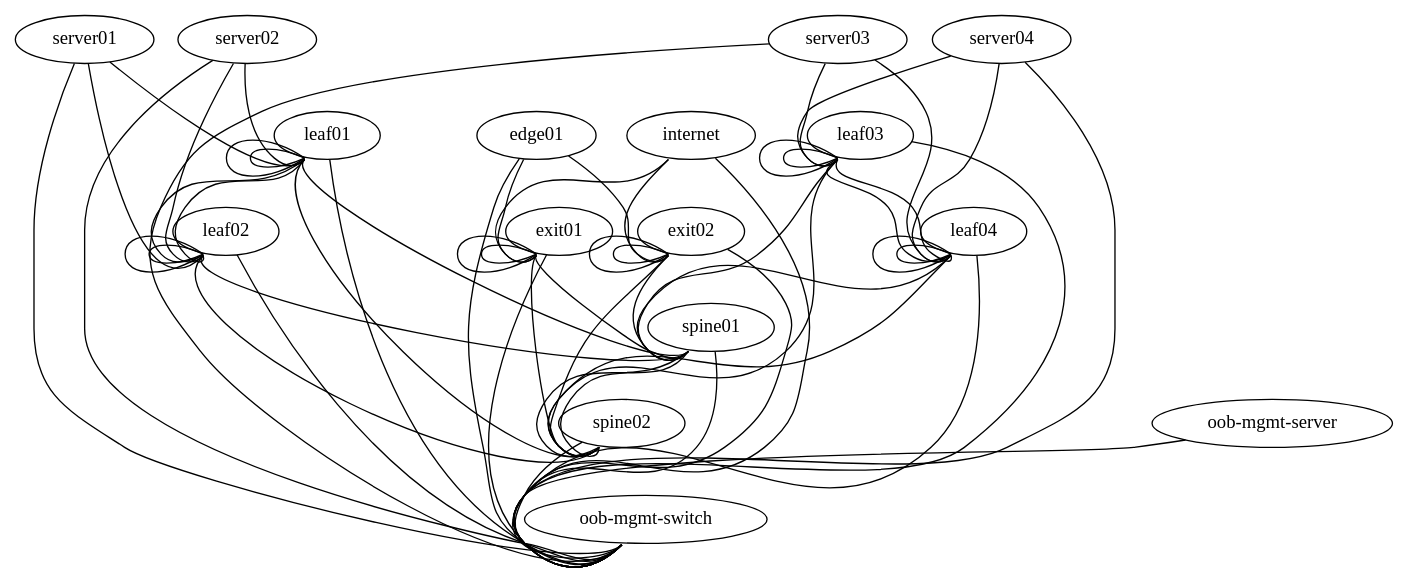
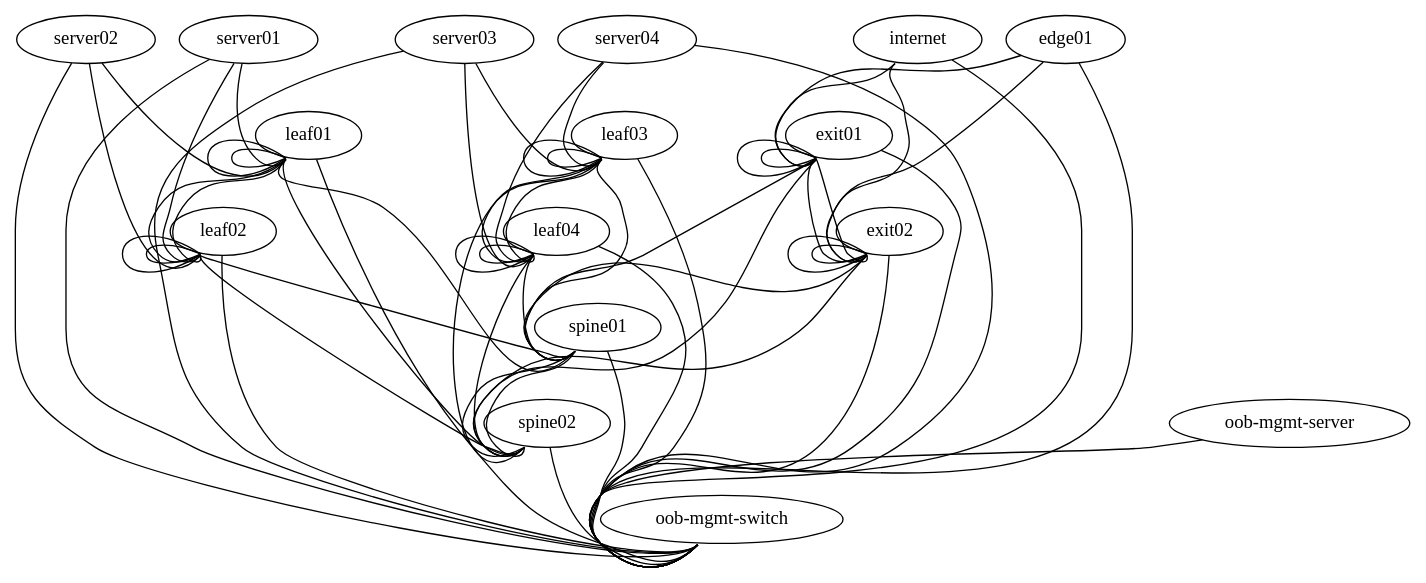
Before and after one commit to StefTN/cldemo-vagrant_quagga: the diagram in topology.dot, drawn with Graphviz. The commit also changed 3 other files, not shown here.

```diff
--- a/topology.dot
+++ b/topology.dot
@@ -1,84 +1,86 @@
 graph vx {
  "leaf01" [function="leaf" os="CumulusCommunity/cumulus-vx" version="2.5.6" memory="512" config="./helper_scripts/config_switch.sh" mgmt_ip="192.168.0.11"]
  "leaf02" [function="leaf" os="CumulusCommunity/cumulus-vx" version="2.5.6" memory="512" config="./helper_scripts/config_switch.sh" mgmt_ip="192.168.0.12"]
  "leaf03" [function="leaf" os="CumulusCommunity/cumulus-vx" version="2.5.6" memory="512" config="./helper_scripts/config_switch.sh" mgmt_ip="192.168.0.13"]
  "leaf04" [function="leaf" os="CumulusCommunity/cumulus-vx" version="2.5.6" memory="512" config="./helper_scripts/config_switch.sh" mgmt_ip="192.168.0.14"]
  "spine01" [function="spine" os="CumulusCommunity/cumulus-vx" version="2.5.6" memory="512" config="./helper_scripts/config_switch.sh" mgmt_ip="192.168.0.21"]
  "spine02" [function="spine" os="CumulusCommunity/cumulus-vx" version="2.5.6" memory="512" config="./helper_scripts/config_switch.sh" mgmt_ip="192.168.0.22"]
  "exit01" [function="exit" os="CumulusCommunity/cumulus-vx" version="2.5.6" memory="512" config="./helper_scripts/config_switch.sh" mgmt_ip="192.168.0.41"]
  "exit02" [function="exit" os="CumulusCommunity/cumulus-vx" version="2.5.6" memory="512" config="./helper_scripts/config_switch.sh" mgmt_ip="192.168.0.42"]
  "server01" [function="host" os="boxcutter/ubuntu1404" memory="512" ubuntu=True config="./helper_scripts/config_server.sh" mgmt_ip="192.168.0.31"]
  "server02" [function="host" os="boxcutter/ubuntu1404" memory="512" ubuntu=True config="./helper_scripts/config_server.sh" mgmt_ip="192.168.0.32"]
  "server03" [function="host" os="boxcutter/ubuntu1404" memory="512" ubuntu=True config="./helper_scripts/config_server.sh" mgmt_ip="192.168.0.33"]
  "server04" [function="host" os="boxcutter/ubuntu1404" memory="512" ubuntu=True config="./helper_scripts/config_server.sh" mgmt_ip="192.168.0.34"]
  "edge01" [function="host" os="boxcutter/ubuntu1404" memory="512" ubuntu=True config="./helper_scripts/config_server.sh" mgmt_ip="192.168.0.51"]
  "internet" [function="internet" vagrant="swp48" os="CumulusCommunity/cumulus-vx" version="2.5.6" memory="256" config="./helper_scripts/config_internet.sh" mgmt_ip="192.168.0.253"]
  "oob-mgmt-switch" [function="oob-switch" vagrant="eth0" os="CumulusCommunity/cumulus-vx" version="2.5.6" memory="256" config="./helper_scripts/config_oob_switch.sh" mgmt_ip="192.168.0.1"]
  "oob-mgmt-server" [function="oob-server" ansible=True vagrant="eth0" os="boxcutter/ubuntu1404" memory="1024" ubuntu=True config="./helper_scripts/config_oob_server.sh" mgmt_ip="192.168.0.254"]
 
  "leaf01":"swp51" -- "spine01":"swp1"
  "leaf02":"swp51" -- "spine01":"swp2"
  "leaf03":"swp51" -- "spine01":"swp3"
  "leaf04":"swp51" -- "spine01":"swp4"
  "leaf01":"swp52" -- "spine02":"swp1"
  "leaf02":"swp52" -- "spine02":"swp2"
  "leaf03":"swp52" -- "spine02":"swp3"
  "leaf04":"swp52" -- "spine02":"swp4"
 
  "leaf01":"swp49" -- "leaf02":"swp49"
  "leaf01":"swp50" -- "leaf02":"swp50"
  "leaf03":"swp49" -- "leaf04":"swp49"
  "leaf03":"swp50" -- "leaf04":"swp50"
 
  "spine01":"swp31" -- "spine02":"swp31"
  "spine01":"swp32" -- "spine02":"swp32"
+ "exit01":"swp31" -- "exit02":"swp31"
+ "exit01":"swp32" -- "exit02":"swp32"
 
  "server01":"eth1" -- "leaf01":"swp1"
  "server01":"eth2" -- "leaf02":"swp1"
  "server02":"eth1" -- "leaf01":"swp2"
  "server02":"eth2" -- "leaf02":"swp2"
  "server03":"eth1" -- "leaf03":"swp1"
  "server03":"eth2" -- "leaf04":"swp1"
  "server04":"eth1" -- "leaf03":"swp2"
  "server04":"eth2" -- "leaf04":"swp2"
 
  "exit01":"swp51" -- "spine01":"swp30"
  "exit01":"swp52" -- "spine02":"swp30"
  "exit02":"swp51" -- "spine01":"swp29"
  "exit02":"swp52" -- "spine02":"swp29"
  "exit01":"swp45" -- "exit01":"swp46"
  "exit01":"swp47" -- "exit01":"swp48"
  "exit02":"swp45" -- "exit02":"swp46"
  "exit02":"swp47" -- "exit02":"swp48"
 
  "leaf01":"swp45" -- "leaf01":"swp46"
  "leaf01":"swp47" -- "leaf01":"swp48"
  "leaf02":"swp45" -- "leaf02":"swp46"
  "leaf02":"swp47" -- "leaf02":"swp48"
  "leaf03":"swp45" -- "leaf03":"swp46"
  "leaf03":"swp47" -- "leaf03":"swp48"
  "leaf04":"swp45" -- "leaf04":"swp46"
  "leaf04":"swp47" -- "leaf04":"swp48"
 
  "internet":"swp1" -- "exit01":"swp44"
  "internet":"swp2" -- "exit02":"swp44"
 
  "edge01":"eth1" -- "exit01":"swp1"
  "edge01":"eth2" -- "exit02":"swp1"
 
  "oob-mgmt-server":"eth1" -- "oob-mgmt-switch":"swp1"
  "server01":"eth0" -- "oob-mgmt-switch":"swp2" [left_mac="A0:00:00:00:00:31"]
  "server02":"eth0" -- "oob-mgmt-switch":"swp3" [left_mac="A0:00:00:00:00:32"]
  "server03":"eth0" -- "oob-mgmt-switch":"swp4" [left_mac="A0:00:00:00:00:33"]
  "server04":"eth0" -- "oob-mgmt-switch":"swp5" [left_mac="A0:00:00:00:00:34"]
  "leaf01":"eth0" -- "oob-mgmt-switch":"swp6" [left_mac="A0:00:00:00:00:11"]
  "leaf02":"eth0" -- "oob-mgmt-switch":"swp7" [left_mac="A0:00:00:00:00:12"]
  "leaf03":"eth0" -- "oob-mgmt-switch":"swp8" [left_mac="A0:00:00:00:00:13"]
  "leaf04":"eth0" -- "oob-mgmt-switch":"swp9" [left_mac="A0:00:00:00:00:14"]
  "spine01":"eth0" -- "oob-mgmt-switch":"swp10" [left_mac="A0:00:00:00:00:21"]
  "spine02":"eth0" -- "oob-mgmt-switch":"swp11" [left_mac="A0:00:00:00:00:22"]
  "exit01":"eth0" -- "oob-mgmt-switch":"swp12" [left_mac="A0:00:00:00:00:41"]
  "exit02":"eth0" -- "oob-mgmt-switch":"swp13" [left_mac="A0:00:00:00:00:42"]
  "edge01":"eth0" -- "oob-mgmt-switch":"swp14" [left_mac="A0:00:00:00:00:51"]
  "internet":"eth0" -- "oob-mgmt-switch":"swp15"
 }
```
